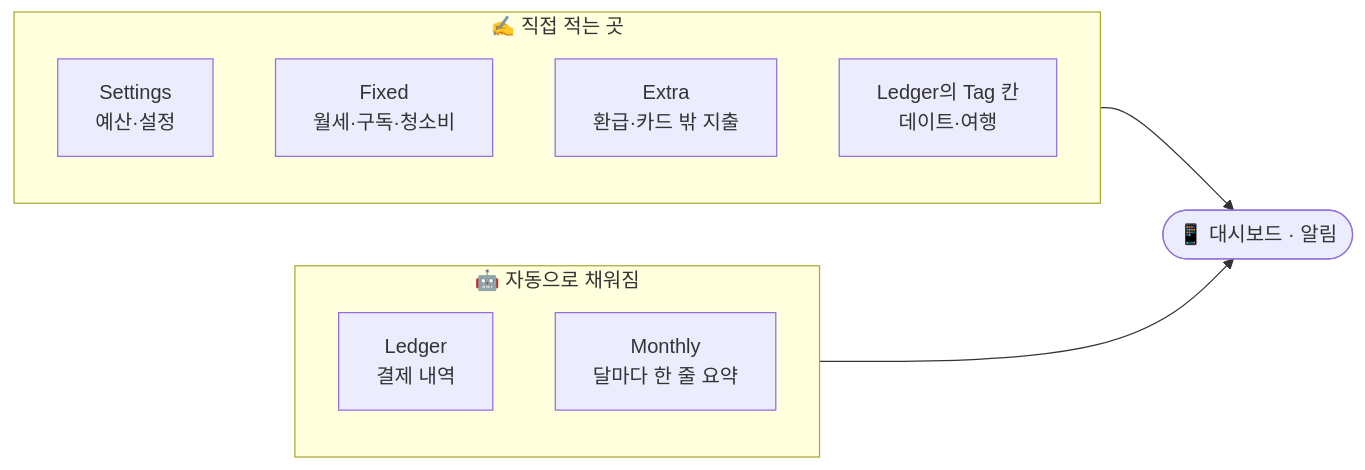
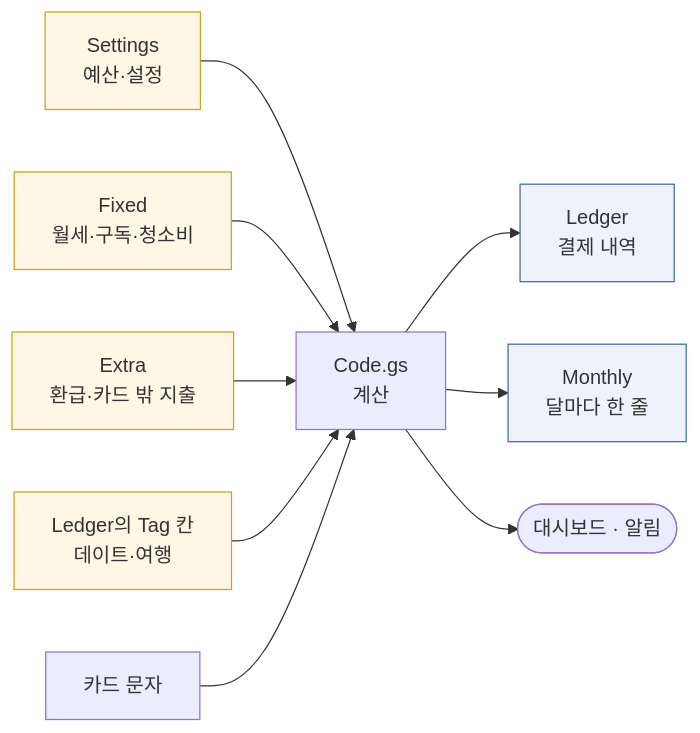
One commit to isshin0217/my-budget-p changed the fifth of 6 diagrams in README.md. Above: the diagram before and after it, drawn with Mermaid. The commit also changed other lines of this file, not shown here.

Commit message:
README: 시트 구성 흐름도가 GitHub 에서 안 그려져 그룹 없이 다시 그린다
subgraph 에서 노드로 잇는 화살표를 GitHub 의 Mermaid 가 그리지 못해 빈칸과
'Unable to render rich display' 가 떴다. 칸마다 화살표를 잇고 색으로 구분한다.

````diff
--- a/README.md
+++ b/README.md
@@ -128,15 +128,15 @@
 ```mermaid
 flowchart LR
-    subgraph AUTO["🤖 자동으로 채워짐"]
-        LED["Ledger<br/>결제 내역"]
-        MON["Monthly<br/>달마다 한 줄 요약"]
-    end
-    subgraph MANUAL["✍️ 직접 적는 곳"]
-        SET["Settings<br/>예산·설정"]
-        FIX["Fixed<br/>월세·구독·청소비"]
-        EXT["Extra<br/>환급·카드 밖 지출"]
-        TAG["Ledger의 Tag 칸<br/>데이트·여행"]
-    end
-    MANUAL --> DASH(["📱 대시보드 · 알림"])
-    AUTO --> DASH
+    SET["Settings<br/>예산·설정"] --> APP
+    FIX["Fixed<br/>월세·구독·청소비"] --> APP
+    EXT["Extra<br/>환급·카드 밖 지출"] --> APP
+    TAG["Ledger의 Tag 칸<br/>데이트·여행"] --> APP
+    SMS["카드 문자"] --> APP
+    APP["Code.gs<br/>계산"] --> LED["Ledger<br/>결제 내역"]
+    APP --> MON["Monthly<br/>달마다 한 줄"]
+    APP --> DASH(["대시보드 · 알림"])
+    classDef manual fill:#fff6e5,stroke:#d4a017
+    classDef auto fill:#eef3fb,stroke:#3A6EA5
+    class SET,FIX,EXT,TAG manual
+    class LED,MON auto
 ```
````
